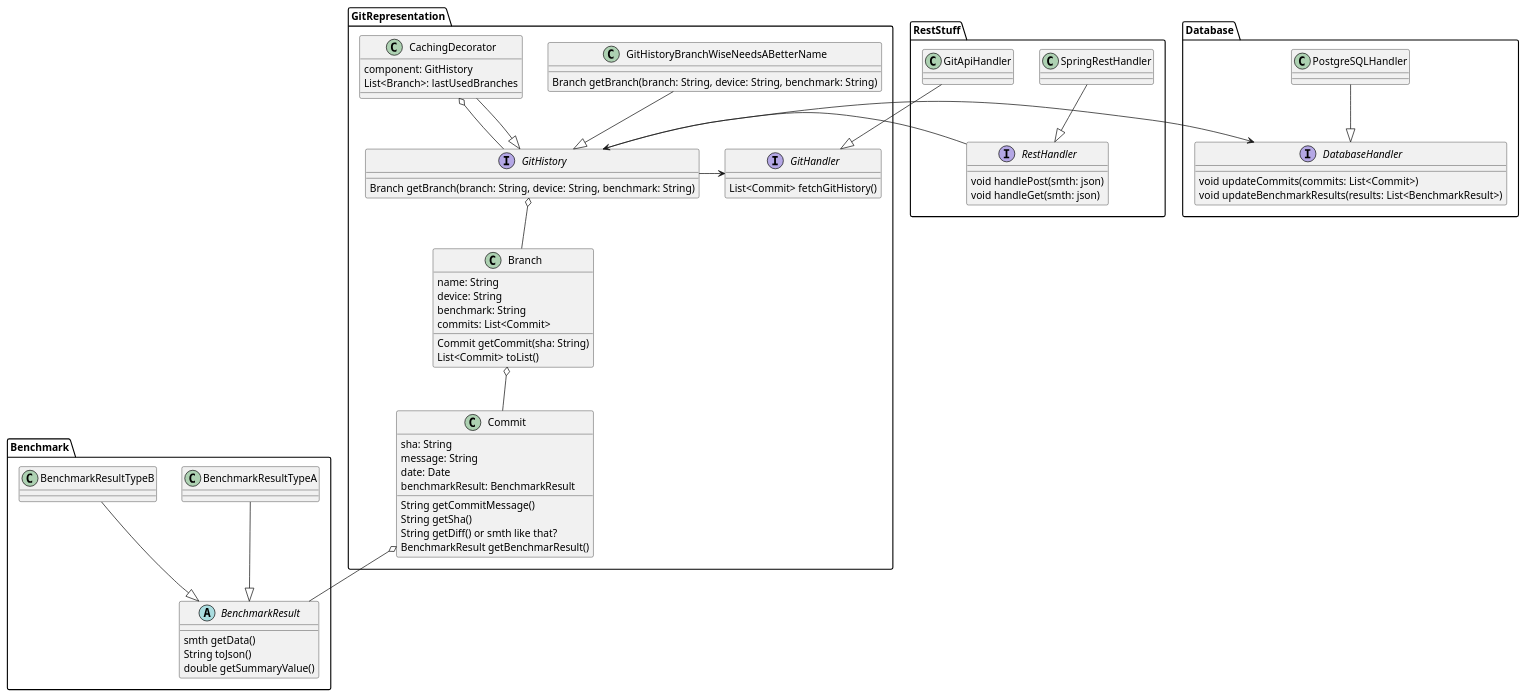
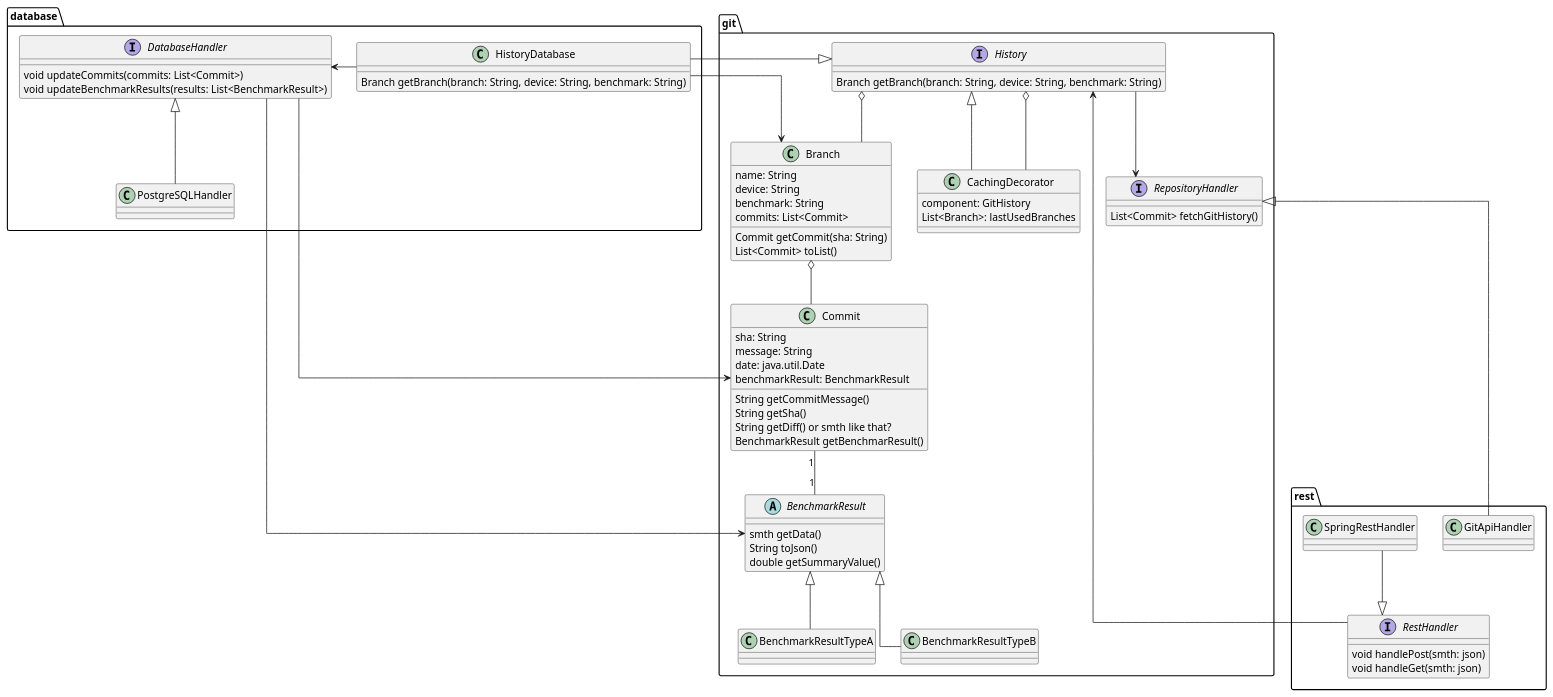
Before and after one commit to pse-parkview/Parkview: the diagram in Design/plantuml/backend_class.puml, drawn with PlantUML.

Commit message:
renames and restructures packages and classes in class diagram

```diff
--- a/Design/plantuml/backend_class.puml
+++ b/Design/plantuml/backend_class.puml
@@ -1,94 +1,98 @@
 @startuml backend
 
-package GitRepresentation {
-  interface GitHistory {
+skinparam linetype ortho
+
+package git {
+  interface History {
     Branch getBranch(branch: String, device: String, benchmark: String)
   }
 
-  interface GitHandler {
+  interface RepositoryHandler {
     List<Commit> fetchGitHistory()
-  }
-  
-  class GitHistoryBranchWiseNeedsABetterName {
-    Branch getBranch(branch: String, device: String, benchmark: String)
   }
 
   class CachingDecorator {
     component: GitHistory
     List<Branch>: lastUsedBranches
   }
   
   class Commit {
     sha: String
     message: String
-    date: Date
+    date: java.util.Date
     benchmarkResult: BenchmarkResult
     String getCommitMessage()
     String getSha()
     String getDiff() or smth like that?
     BenchmarkResult getBenchmarResult()
   }
   
   
   class Branch {
     name: String
     device: String
     benchmark: String
     commits: List<Commit>
     Commit getCommit(sha: String)
     List<Commit> toList()
   }
+    
+  abstract BenchmarkResult {
+    smth getData()
+    String toJson()
+    double getSummaryValue()
+  }
+  
+  
+  class BenchmarkResultTypeA
+  class BenchmarkResultTypeB
+  
+  
+  BenchmarkResult <|-- BenchmarkResultTypeA
+  BenchmarkResult <|-- BenchmarkResultTypeB
+  
+  History o-- Branch
+  History --> RepositoryHandler
+  History <|-- CachingDecorator
+  History o-- CachingDecorator
+  
+  Branch o-- Commit
+  Commit "1" -- "1" BenchmarkResult
 }
 
-package RestStuff {
+
+package rest {
   class GitApiHandler
   class SpringRestHandler
   
   interface RestHandler {
     void handlePost(smth: json)
     void handleGet(smth: json)
   }
+   
+  SpringRestHandler --|> RestHandler
 }
 
-package Database {
+package database {
   class PostgreSQLHandler
   
   interface DatabaseHandler {
     void updateCommits(commits: List<Commit>)
     void updateBenchmarkResults(results: List<BenchmarkResult>)
   }
-
+  
+  DatabaseHandler <- HistoryDatabase
+  DatabaseHandler <|-- PostgreSQLHandler
+  
+  class HistoryDatabase {
+    Branch getBranch(branch: String, device: String, benchmark: String)
+  }
 }
 
-package Benchmark { 
-  abstract BenchmarkResult {
-    smth getData()
-    String toJson()
-    double getSummaryValue()
-  }
-  
-  class BenchmarkResultTypeA
-  class BenchmarkResultTypeB
-}
-
-' aggregations
-GitHistory o-- Branch
-Branch o-- Commit
-Commit o-- BenchmarkResult
-CachingDecorator o-- GitHistory
-
-' uses
-GitHistory -> GitHandler
-GitHistory -> DatabaseHandler
-RestHandler -> GitHistory
-
-' generalizations
-PostgreSQLHandler --|> DatabaseHandler
-GitApiHandler --|> GitHandler
-BenchmarkResultTypeA --|> BenchmarkResult
-BenchmarkResultTypeB --|> BenchmarkResult
-GitHistoryBranchWiseNeedsABetterName --|> GitHistory
-CachingDecorator --|> GitHistory
-SpringRestHandler --|> RestHandler
-
+History <--- RestHandler
+History <|--- HistoryDatabase
+RepositoryHandler <|--- GitApiHandler
+DatabaseHandler ---> Commit
+DatabaseHandler ---> BenchmarkResult
+HistoryDatabase ---> Branch
 @enduml
```
